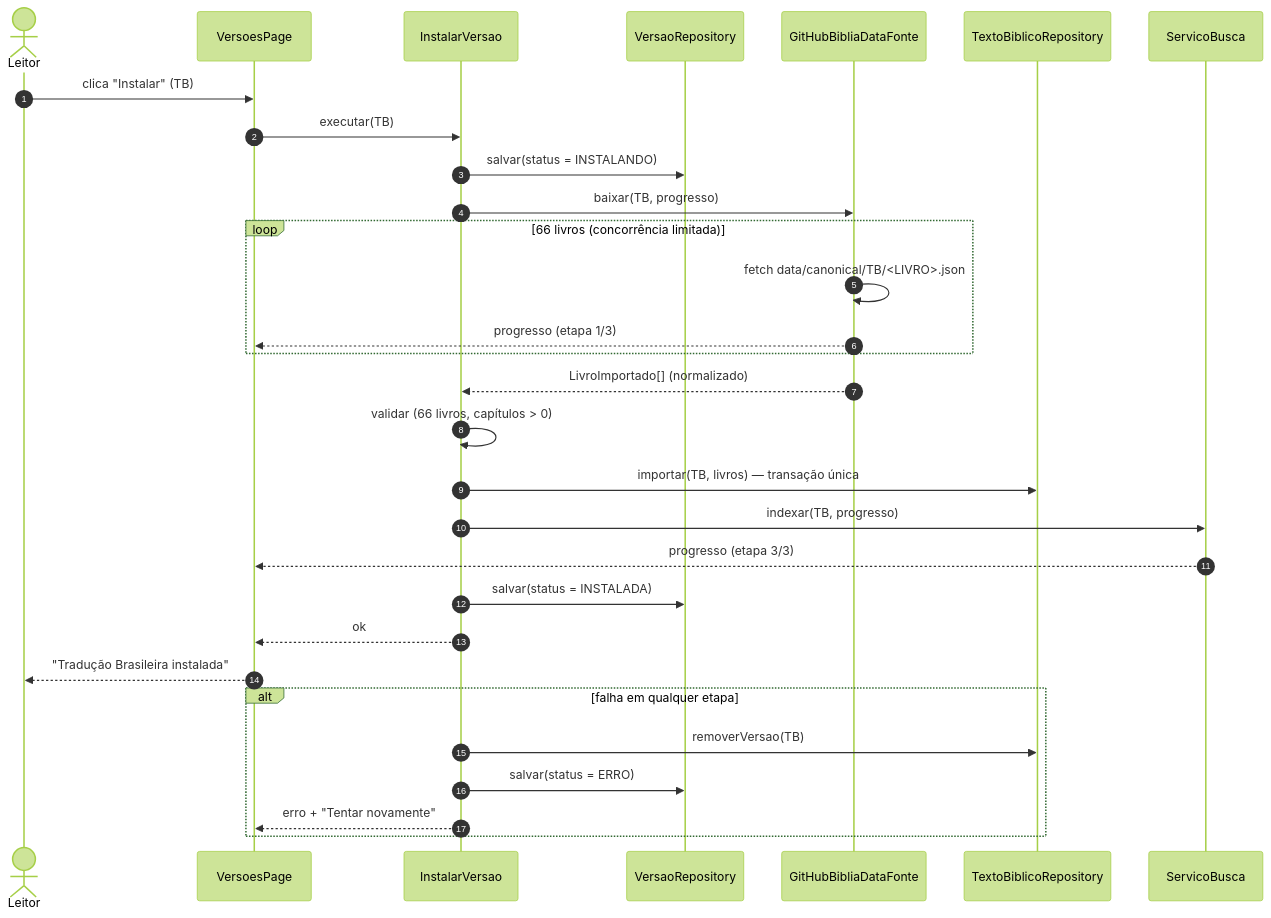
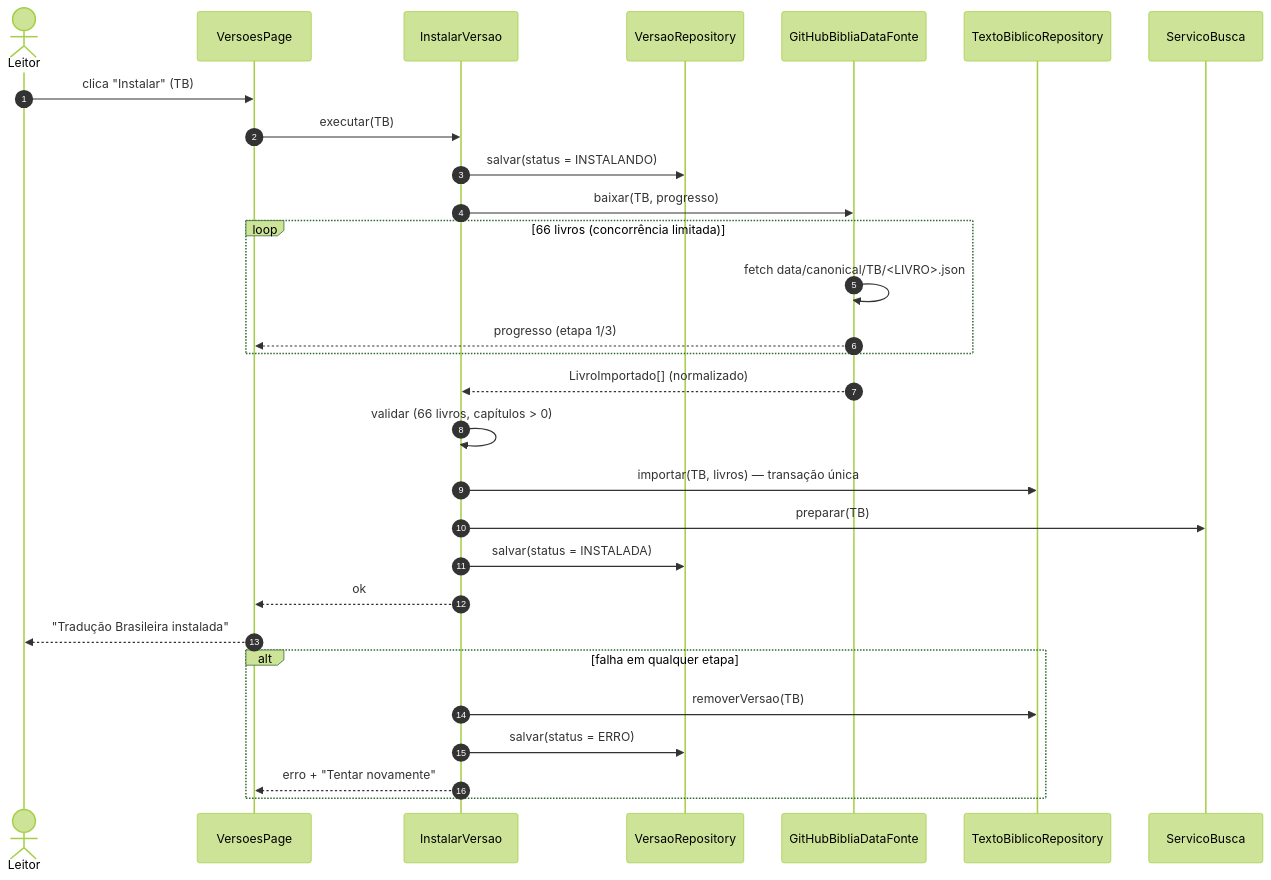
The eighth of 8 diagrams in docs/06-arquitetura.md (edioilha/biblia-app), drawn with Mermaid (forest theme) before and after one commit. The commit also changed other lines of this file and 7 other files, not shown here.

````diff
--- a/docs/06-arquitetura.md
+++ b/docs/06-arquitetura.md
@@ -288,34 +291,33 @@
 ```mermaid
 sequenceDiagram
     autonumber
     actor L as Leitor
     participant P as VersoesPage
     participant UC as InstalarVersao
     participant V as VersaoRepository
     participant F as GitHubBibliaDataFonte
     participant T as TextoBiblicoRepository
     participant S as ServicoBusca
 
     L->>P: clica "Instalar" (TB)
     P->>UC: executar(TB)
     UC->>V: salvar(status = INSTALANDO)
     UC->>F: baixar(TB, progresso)
     loop 66 livros (concorrência limitada)
         F->>F: fetch data/canonical/TB/<LIVRO>.json
         F-->>P: progresso (etapa 1/3)
     end
     F-->>UC: LivroImportado[] (normalizado)
     UC->>UC: validar (66 livros, capítulos > 0)
     UC->>T: importar(TB, livros) — transação única
-    UC->>S: indexar(TB, progresso)
-    S-->>P: progresso (etapa 3/3)
+    UC->>S: preparar(TB)
     UC->>V: salvar(status = INSTALADA)
     UC-->>P: ok
     P-->>L: "Tradução Brasileira instalada"
 
     alt falha em qualquer etapa
         UC->>T: removerVersao(TB)
         UC->>V: salvar(status = ERRO)
         UC-->>P: erro + "Tentar novamente"
     end
 ```
````
